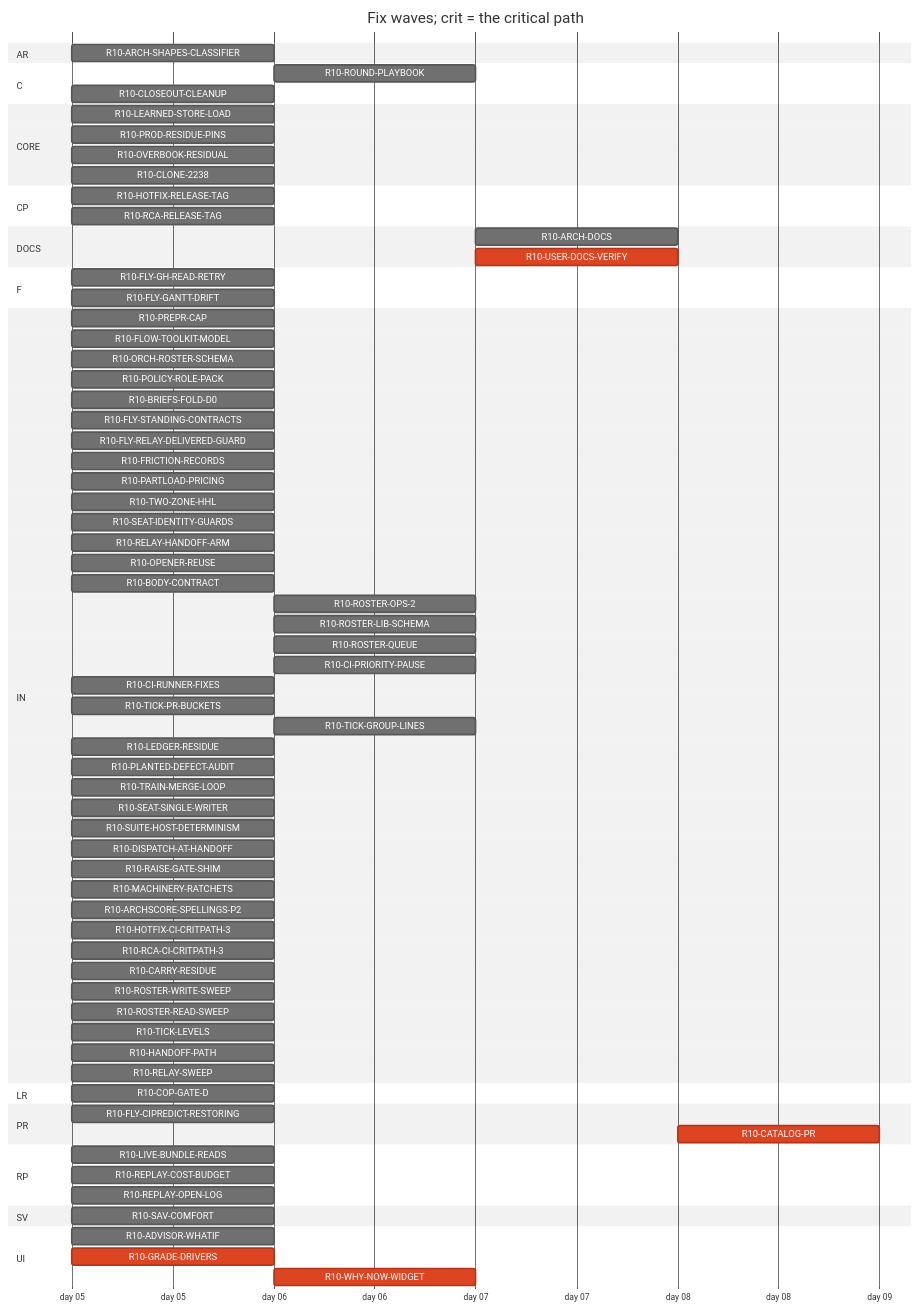
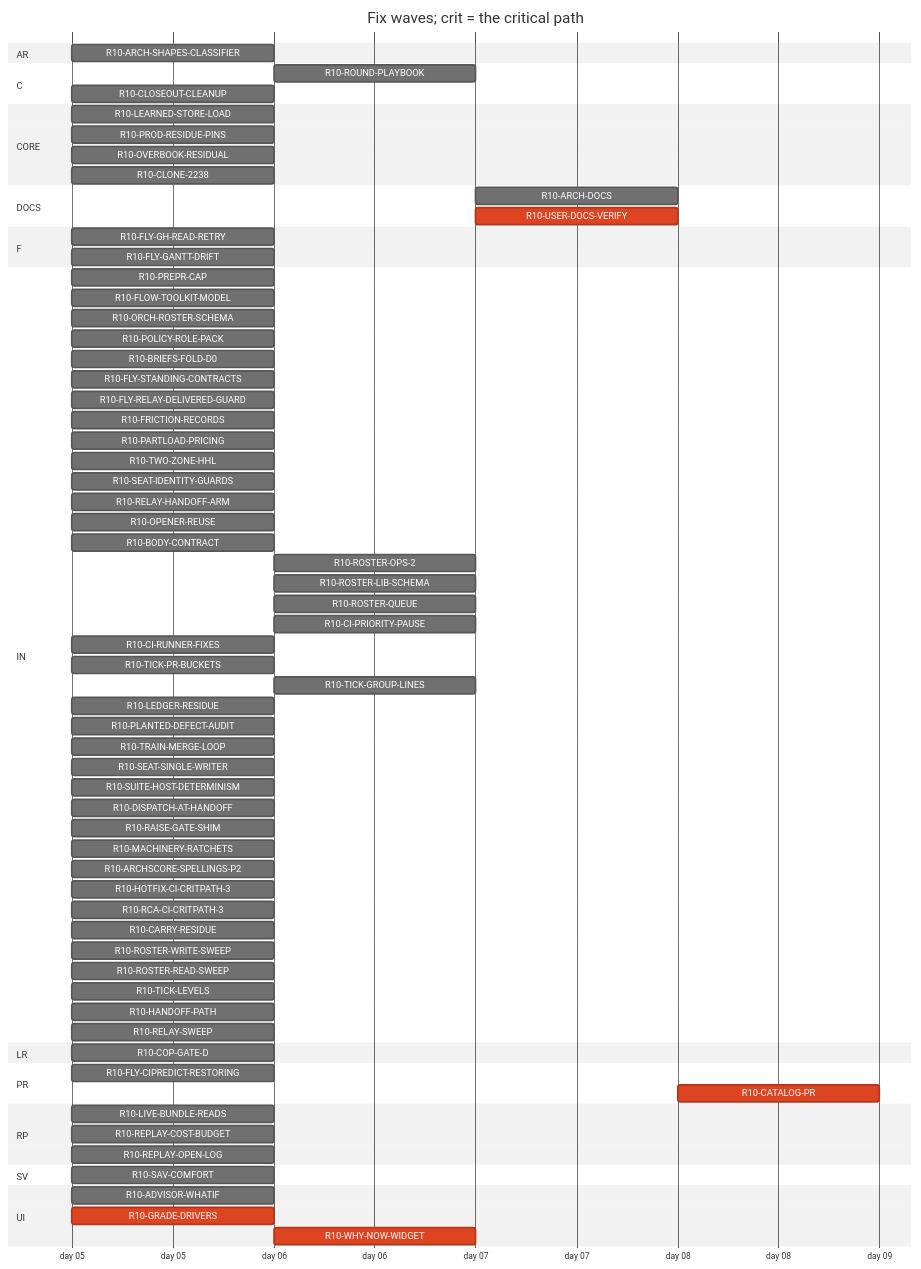
The diagram in handoff/round10/state/PLAN-TABLE.md (tvofi/heatpump_optimizer), drawn with Mermaid (neutral theme) before and after one commit. The commit also changed other lines of this file and 4 other files, not shown here.

Commit message:
state: FLOW-BOARD.md, NEXT-SESSION-PROMPT.md, PLAN-TABLE.md, PLAN.html, RESUME-CURRENT.md regenerated (state_docs.py)

````diff
--- a/handoff/round10/state/PLAN-TABLE.md
+++ b/handoff/round10/state/PLAN-TABLE.md
@@ -25,79 +24,76 @@
 ```mermaid
 gantt
   title Fix waves; crit = the critical path
   dateFormat YYYY-MM-DD
   axisFormat day %d
   section AR
     R10-ARCH-SHAPES-CLASSIFIER :r10ARCHSHAPESCLASSIFIER, 2026-01-05, 1d
   section C
     R10-ROUND-PLAYBOOK :r10ROUNDPLAYBOOK, after r10MACHINERYRATCHETS r10PREPRCAP r10HANDOFFPATH r10RELAYSWEEP r10TRAINMERGELOOP r10DISPATCHATHANDOFF r10BODYCONTRACT r10TICKLEVELS r10CIPRIORITYPAUSE r10ROSTERWRITESWEEP r10ROSTERREADSWEEP r10FLYSTANDINGCONTRACTS r10POLICYROLEPACK r10FRICTIONRECORDS r10FLOWTOOLKITMODEL r10SEATIDENTITYGUARDS r10LEDGERRESIDUE r10CIRUNNERFIXES r10FLYCIPREDICTRESTORING r10RAISEGATESHIM r10PLANTEDDEFECTAUDIT r10FLYGHREADRETRY r10SUITEHOSTDETERMINISM r10ARCHSCORESPELLINGSP2, 1d
     R10-CLOSEOUT-CLEANUP :r10CLOSEOUTCLEANUP, 2026-01-05, 1d
   section CORE
     R10-LEARNED-STORE-LOAD :r10LEARNEDSTORELOAD, 2026-01-05, 1d
     R10-PROD-RESIDUE-PINS :r10PRODRESIDUEPINS, 2026-01-05, 1d
     R10-OVERBOOK-RESIDUAL :r10OVERBOOKRESIDUAL, 2026-01-05, 1d
     R10-CLONE-2238 :r10CLONE2238, 2026-01-05, 1d
-  section CP
-    R10-HOTFIX-RELEASE-TAG :r10HOTFIXRELEASETAG, 2026-01-05, 1d
-    R10-RCA-RELEASE-TAG :r10RCARELEASETAG, 2026-01-05, 1d
   section DOCS
     R10-ARCH-DOCS :r10ARCHDOCS, after r10CARRYRESIDUE r10OVERBOOKRESIDUAL r10CLONE2238 r10SAVCOMFORT r10COPGATED r10GRADEDRIVERS r10WHYNOWWIDGET r10PARTLOADPRICING r10TWOZONEHHL r10ARCHSHAPESCLASSIFIER r10ADVISORWHATIF r10LEARNEDSTORELOAD r10PRODRESIDUEPINS r10LIVEBUNDLEREADS r10REPLAYCOSTBUDGET r10REPLAYOPENLOG r10MACHINERYRATCHETS r10PREPRCAP r10HANDOFFPATH r10RELAYSWEEP r10TRAINMERGELOOP r10DISPATCHATHANDOFF r10BODYCONTRACT r10TICKLEVELS r10CIPRIORITYPAUSE r10ROSTERWRITESWEEP r10ROSTERREADSWEEP r10FLYSTANDINGCONTRACTS r10POLICYROLEPACK r10FRICTIONRECORDS r10FLOWTOOLKITMODEL r10SEATIDENTITYGUARDS r10LEDGERRESIDUE r10CIRUNNERFIXES r10FLYCIPREDICTRESTORING r10RAISEGATESHIM r10PLANTEDDEFECTAUDIT r10FLYGHREADRETRY r10SUITEHOSTDETERMINISM r10ARCHSCORESPELLINGSP2, 1d
     R10-USER-DOCS-VERIFY :crit, r10USERDOCSVERIFY, after r10CARRYRESIDUE r10OVERBOOKRESIDUAL r10CLONE2238 r10SAVCOMFORT r10COPGATED r10GRADEDRIVERS r10WHYNOWWIDGET r10PARTLOADPRICING r10TWOZONEHHL r10ARCHSHAPESCLASSIFIER r10ADVISORWHATIF r10LEARNEDSTORELOAD r10PRODRESIDUEPINS r10LIVEBUNDLEREADS r10REPLAYCOSTBUDGET r10REPLAYOPENLOG, 1d
   section F
     R10-FLY-GH-READ-RETRY :r10FLYGHREADRETRY, 2026-01-05, 1d
     R10-FLY-GANTT-DRIFT :r10FLYGANTTDRIFT, 2026-01-05, 1d
   section IN
     R10-PREPR-CAP :r10PREPRCAP, 2026-01-05, 1d
     R10-FLOW-TOOLKIT-MODEL :r10FLOWTOOLKITMODEL, 2026-01-05, 1d
     R10-ORCH-ROSTER-SCHEMA :r10ORCHROSTERSCHEMA, 2026-01-05, 1d
     R10-POLICY-ROLE-PACK :r10POLICYROLEPACK, 2026-01-05, 1d
     R10-BRIEFS-FOLD-D0 :r10BRIEFSFOLDD0, 2026-01-05, 1d
     R10-FLY-STANDING-CONTRACTS :r10FLYSTANDINGCONTRACTS, 2026-01-05, 1d
     R10-FLY-RELAY-DELIVERED-GUARD :r10FLYRELAYDELIVEREDGUARD, 2026-01-05, 1d
     R10-FRICTION-RECORDS :r10FRICTIONRECORDS, 2026-01-05, 1d
     R10-PARTLOAD-PRICING :r10PARTLOADPRICING, 2026-01-05, 1d
     R10-TWO-ZONE-HHL :r10TWOZONEHHL, 2026-01-05, 1d
     R10-SEAT-IDENTITY-GUARDS :r10SEATIDENTITYGUARDS, 2026-01-05, 1d
     R10-RELAY-HANDOFF-ARM :r10RELAYHANDOFFARM, 2026-01-05, 1d
     R10-OPENER-REUSE :r10OPENERREUSE, 2026-01-05, 1d
     R10-BODY-CONTRACT :r10BODYCONTRACT, 2026-01-05, 1d
     R10-ROSTER-OPS-2 :r10ROSTEROPS2, after r10ORCHROSTERSCHEMA, 1d
     R10-ROSTER-LIB-SCHEMA :r10ROSTERLIBSCHEMA, after r10ORCHROSTERSCHEMA, 1d
     R10-ROSTER-QUEUE :r10ROSTERQUEUE, after r10ORCHROSTERSCHEMA, 1d
     R10-CI-PRIORITY-PAUSE :r10CIPRIORITYPAUSE, after r10TICKLEVELS, 1d
     R10-CI-RUNNER-FIXES :r10CIRUNNERFIXES, 2026-01-05, 1d
     R10-TICK-PR-BUCKETS :r10TICKPRBUCKETS, 2026-01-05, 1d
     R10-TICK-GROUP-LINES :r10TICKGROUPLINES, after r10ORCHROSTERSCHEMA, 1d
     R10-LEDGER-RESIDUE :r10LEDGERRESIDUE, 2026-01-05, 1d
     R10-PLANTED-DEFECT-AUDIT :r10PLANTEDDEFECTAUDIT, 2026-01-05, 1d
     R10-TRAIN-MERGE-LOOP :r10TRAINMERGELOOP, 2026-01-05, 1d
     R10-SEAT-SINGLE-WRITER :r10SEATSINGLEWRITER, 2026-01-05, 1d
     R10-SUITE-HOST-DETERMINISM :r10SUITEHOSTDETERMINISM, 2026-01-05, 1d
     R10-DISPATCH-AT-HANDOFF :r10DISPATCHATHANDOFF, 2026-01-05, 1d
     R10-RAISE-GATE-SHIM :r10RAISEGATESHIM, 2026-01-05, 1d
     R10-MACHINERY-RATCHETS :r10MACHINERYRATCHETS, 2026-01-05, 1d
     R10-ARCHSCORE-SPELLINGS-P2 :r10ARCHSCORESPELLINGSP2, 2026-01-05, 1d
     R10-HOTFIX-CI-CRITPATH-3 :r10HOTFIXCICRITPATH3, 2026-01-05, 1d
     R10-RCA-CI-CRITPATH-3 :r10RCACICRITPATH3, 2026-01-05, 1d
     R10-CARRY-RESIDUE :r10CARRYRESIDUE, 2026-01-05, 1d
     R10-ROSTER-WRITE-SWEEP :r10ROSTERWRITESWEEP, 2026-01-05, 1d
     R10-ROSTER-READ-SWEEP :r10ROSTERREADSWEEP, 2026-01-05, 1d
     R10-TICK-LEVELS :r10TICKLEVELS, 2026-01-05, 1d
     R10-HANDOFF-PATH :r10HANDOFFPATH, 2026-01-05, 1d
     R10-RELAY-SWEEP :r10RELAYSWEEP, 2026-01-05, 1d
   section LR
     R10-COP-GATE-D :r10COPGATED, 2026-01-05, 1d
   section PR
     R10-FLY-CIPREDICT-RESTORING :r10FLYCIPREDICTRESTORING, 2026-01-05, 1d
     R10-CATALOG-PR :crit, r10CATALOGPR, after r10USERDOCSVERIFY r10ARCHDOCS r10ROUNDPLAYBOOK r10CLOSEOUTCLEANUP, 1d
   section RP
     R10-LIVE-BUNDLE-READS :r10LIVEBUNDLEREADS, 2026-01-05, 1d
     R10-REPLAY-COST-BUDGET :r10REPLAYCOSTBUDGET, 2026-01-05, 1d
     R10-REPLAY-OPEN-LOG :r10REPLAYOPENLOG, 2026-01-05, 1d
   section SV
     R10-SAV-COMFORT :r10SAVCOMFORT, 2026-01-05, 1d
   section UI
     R10-ADVISOR-WHATIF :r10ADVISORWHATIF, 2026-01-05, 1d
     R10-GRADE-DRIVERS :crit, r10GRADEDRIVERS, 2026-01-05, 1d
     R10-WHY-NOW-WIDGET :crit, r10WHYNOWWIDGET, after r10GRADEDRIVERS, 1d
 ```
````
